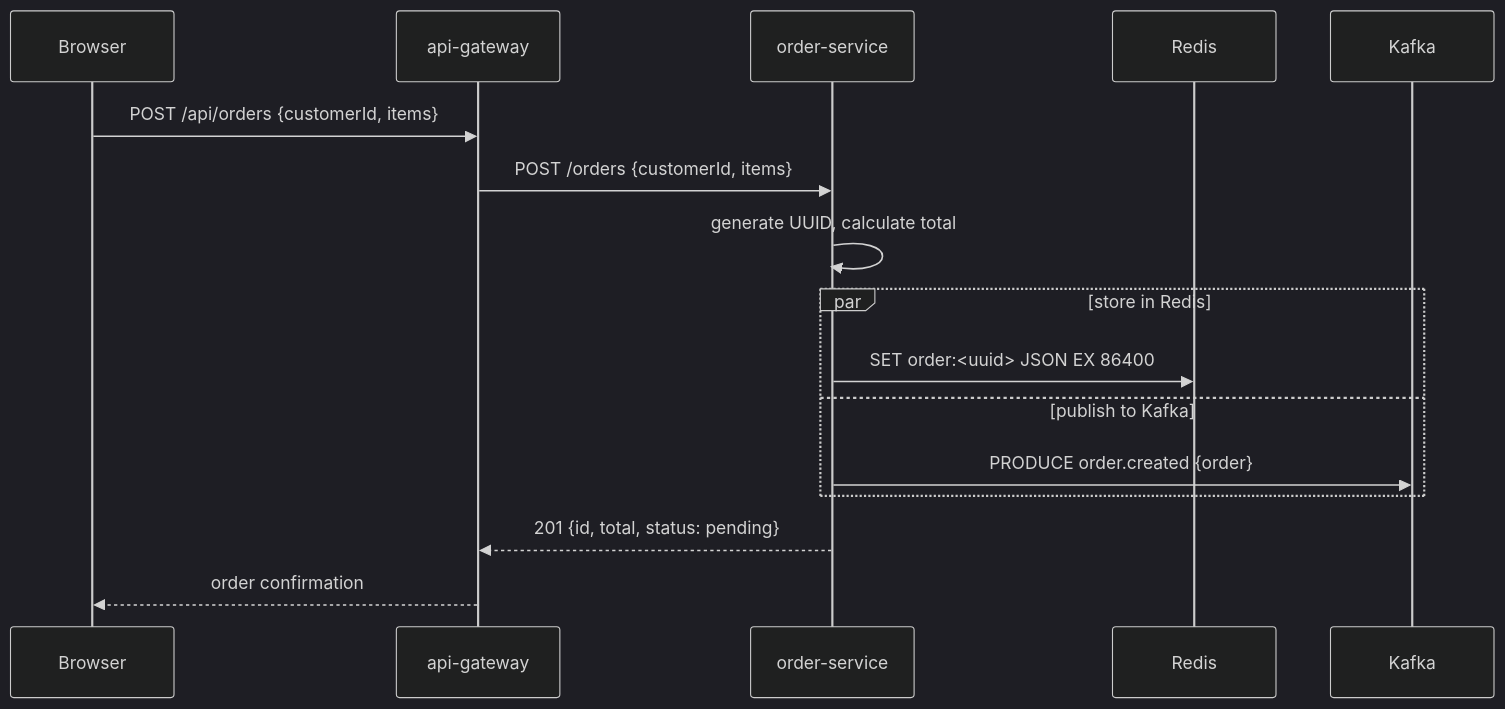
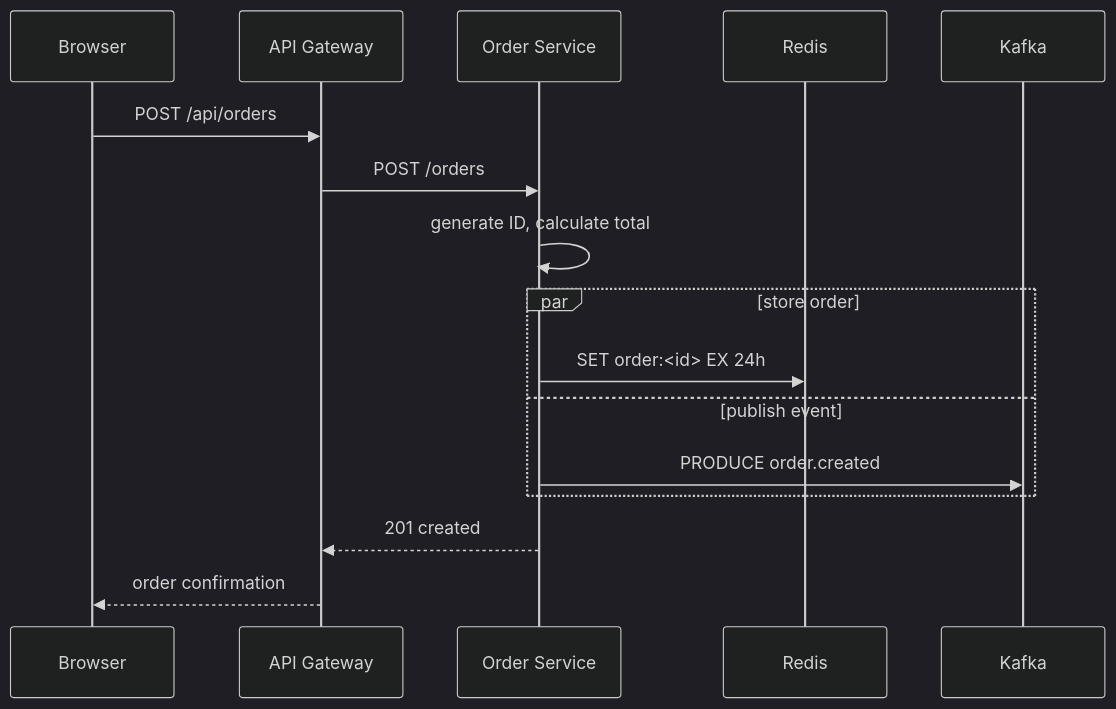
One commit to Nidhi-S12/cloudmart-services changed the third of 5 diagrams in README.md. Above: the diagram before and after it, drawn with Mermaid (dark theme). The commit also changed other lines of this file, not shown here.

Commit message:
docs: colored Mermaid diagrams, remove specific config values from diagrams

````diff
--- a/README.md
+++ b/README.md
@@ -82,19 +83,19 @@
 ```mermaid
 sequenceDiagram
     participant B as Browser
-    participant GW as api-gateway
-    participant OS as order-service
+    participant GW as API Gateway
+    participant OS as Order Service
     participant R as Redis
     participant K as Kafka
 
-    B->>GW: POST /api/orders {customerId, items}
-    GW->>OS: POST /orders {customerId, items}
-    OS->>OS: generate UUID, calculate total
-    par store in Redis
-        OS->>R: SET order:<uuid> JSON EX 86400
-    and publish to Kafka
-        OS->>K: PRODUCE order.created {order}
+    B->>GW: POST /api/orders
+    GW->>OS: POST /orders
+    OS->>OS: generate ID, calculate total
+    par store order
+        OS->>R: SET order:<id> EX 24h
+    and publish event
+        OS->>K: PRODUCE order.created
     end
-    OS-->>GW: 201 {id, total, status: pending}
+    OS-->>GW: 201 created
     GW-->>B: order confirmation
 ```
````
